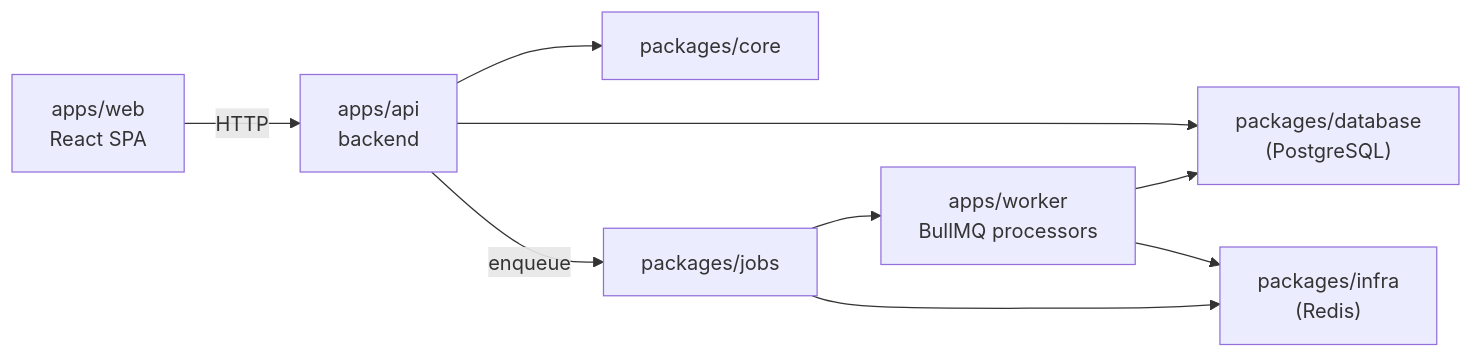
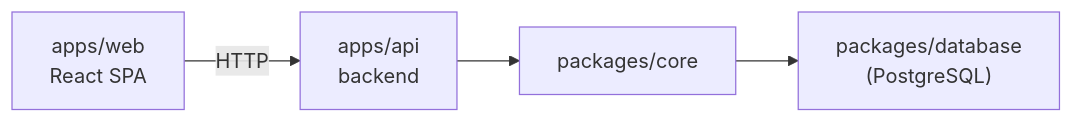
Before and after one commit to kauavitorrodrigues/mini-crm: the diagram in docs/architecture/target-web.md, drawn with Mermaid. The commit also changed other lines of this file and 51 other files, not shown here.

Commit message:
chore: cut scope to MVP (drop worker, Redis, roles, soft delete) and seed single user from env

````diff
--- a/docs/architecture/target-web.md
+++ b/docs/architecture/target-web.md
@@ -5,11 +5,6 @@
 ```mermaid
 graph LR
     web["apps/web<br/>React SPA"] -->|HTTP| api["apps/api<br/>backend"]
     api --> core["packages/core"]
-    api --> database["packages/database<br/>(PostgreSQL)"]
-    api -->|enqueue| jobs["packages/jobs"]
-    jobs --> worker["apps/worker<br/>BullMQ processors"]
-    worker --> database
-    worker --> infra["packages/infra<br/>(Redis)"]
-    jobs --> infra
+    core --> database["packages/database<br/>(PostgreSQL)"]
 ```
````
